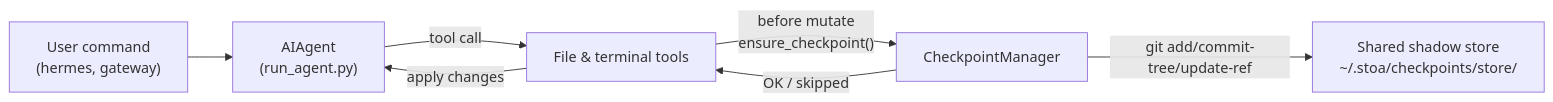
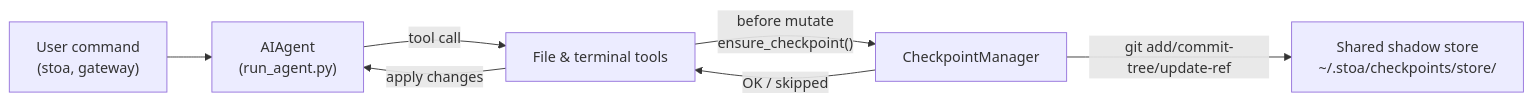
Before and after one commit to STOAGENT/stoa-agent: the diagram in website/docs/user-guide/checkpoints-and-rollback.md, drawn with Mermaid. The commit also changed other lines of this file and 1419 other files, not shown here.

````diff
--- a/website/docs/user-guide/checkpoints-and-rollback.md
+++ b/website/docs/user-guide/checkpoints-and-rollback.md
@@ -69,15 +69,15 @@
 ```mermaid
 flowchart LR
-  user["User command\n(hermes, gateway)"]
+  user["User command\n(stoa, gateway)"]
   agent["AIAgent\n(run_agent.py)"]
   tools["File & terminal tools"]
   cpMgr["CheckpointManager"]
   store["Shared shadow store\n~/.stoa/checkpoints/store/"]
 
   user --> agent
   agent -->|"tool call"| tools
   tools -->|"before mutate\nensure_checkpoint()"| cpMgr
   cpMgr -->|"git add/commit-tree/update-ref"| store
   cpMgr -->|"OK / skipped"| tools
   tools -->|"apply changes"| agent
 ```
````
